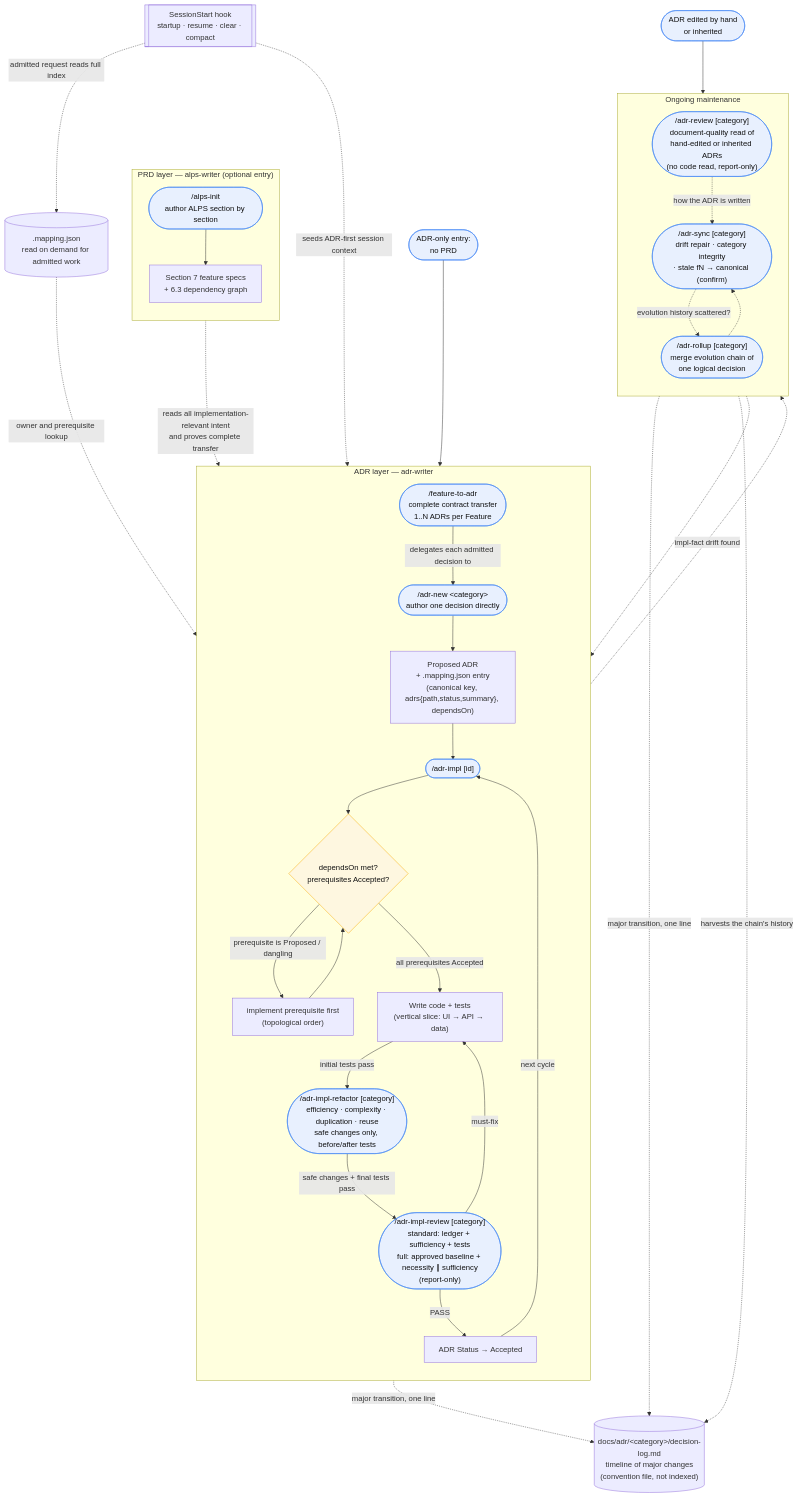
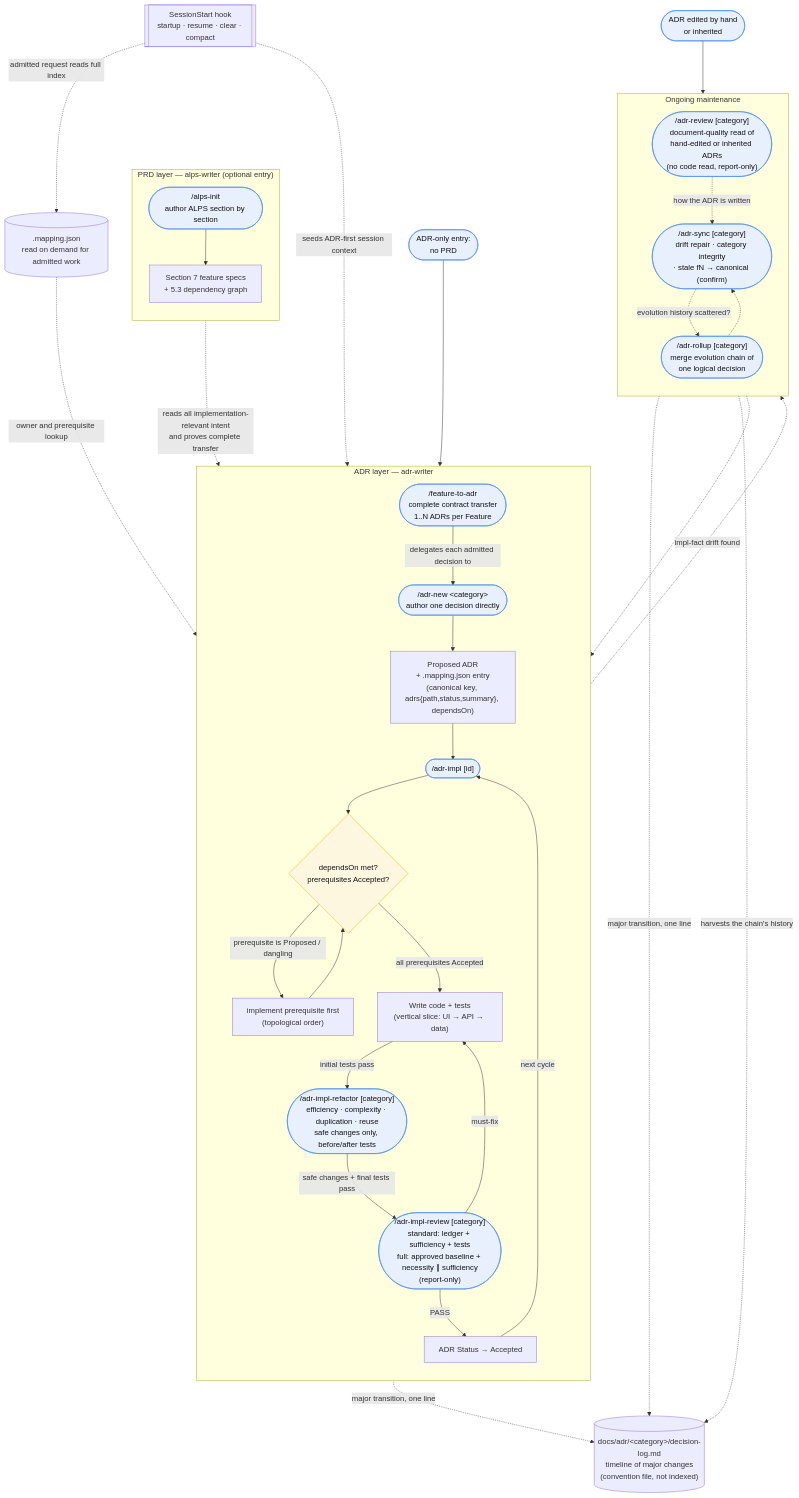
One commit to haandol/alps-writer-plugins changed the second of 2 diagrams in docs/usage.md. Above: the diagram before and after it, drawn with Mermaid. The commit also changed 113 other files, not shown here.

````diff
--- a/docs/usage.md
+++ b/docs/usage.md
@@ -44,66 +44,66 @@
 ```mermaid
 flowchart TD
     subgraph prd["PRD layer — alps-writer (optional entry)"]
         direction TB
         Init(["/alps-init<br/>author ALPS section by section"])
-        S7["Section 7 feature specs<br/>+ 6.3 dependency graph"]
+        S7["Section 7 feature specs<br/>+ 5.3 dependency graph"]
         Init --> S7
     end
 
     subgraph adr["ADR layer — adr-writer"]
         direction TB
         F2A(["/feature-to-adr<br/>complete contract transfer<br/>1..N ADRs per Feature"])
         New(["/adr-new &lt;category&gt;<br/>author one decision directly"])
         Proposed["Proposed ADR<br/>+ .mapping.json entry<br/>(canonical key, adrs{path,status,summary}, dependsOn)"]
         Impl(["/adr-impl [id]"])
         Gate{"dependsOn met?<br/>prerequisites Accepted?"}
         Code["Write code + tests<br/>(vertical slice: UI → API → data)"]
         Refactor(["/adr-impl-refactor [category]<br/>efficiency · complexity · duplication · reuse<br/>safe changes only, before/after tests"])
         Review(["/adr-impl-review [category]<br/>standard: ledger + sufficiency + tests<br/>full: approved baseline + necessity ∥ sufficiency<br/>(report-only)"])
         Accepted["ADR Status → Accepted"]
 
         F2A -->|delegates each admitted decision to| New
         New --> Proposed
         Proposed --> Impl
         Impl --> Gate
         Gate -->|prerequisite is Proposed / dangling| PrereqFirst["implement prerequisite first<br/>(topological order)"]
         PrereqFirst --> Gate
         Gate -->|all prerequisites Accepted| Code
         Code -->|initial tests pass| Refactor
         Refactor -->|safe changes + final tests pass| Review
         Review -->|PASS| Accepted
         Review -->|must-fix| Code
     end
 
     subgraph maint["Ongoing maintenance"]
         direction TB
         Sync(["/adr-sync [category]<br/>drift repair · category integrity<br/>· stale fN → canonical (confirm)"])
         Rollup(["/adr-rollup [category]<br/>merge evolution chain of<br/>one logical decision"])
         DocRev(["/adr-review [category]<br/>document-quality read of<br/>hand-edited or inherited ADRs<br/>(no code read, report-only)"])
     end
 
     Hook[["SessionStart hook<br/>startup · resume · clear · compact"]]
     Mapping[(".mapping.json<br/>read on demand for admitted work")]
     Log[("docs/adr/&lt;category&gt;/decision-log.md<br/>timeline of major changes<br/>(convention file, not indexed)")]
 
     S7 -.->|"reads all implementation-relevant intent<br/>and proves complete transfer"| F2A
     Start(["ADR-only entry:<br/>no PRD"]) --> New
     Review -.->|impl-fact drift found| Sync
     Sync -.-> Review
     Accepted -->|next cycle| Impl
     Sync -.->|evolution history scattered?| Rollup
     Rollup -.-> Sync
     Hand(["ADR edited by hand<br/>or inherited"]) --> DocRev
     DocRev -.->|"how the ADR is written"| Sync
     Hook -.->|seeds ADR-first session context| Impl
     Hook -.->|admitted request reads full index| Mapping
     Mapping -.->|owner and prerequisite lookup| Impl
     Impl -.->|"major transition, one line"| Log
     Sync -.->|"major transition, one line"| Log
     Rollup -.->|"harvests the chain's history"| Log
 
     classDef cmd fill:#e8f0fe,stroke:#4285f4,color:#111;
     classDef gate fill:#fef7e0,stroke:#f9ab00,color:#111;
     class Init,F2A,New,Impl,Refactor,Review,Sync,Rollup,DocRev,Start,Hand cmd;
     class Gate gate;
 ```
````
